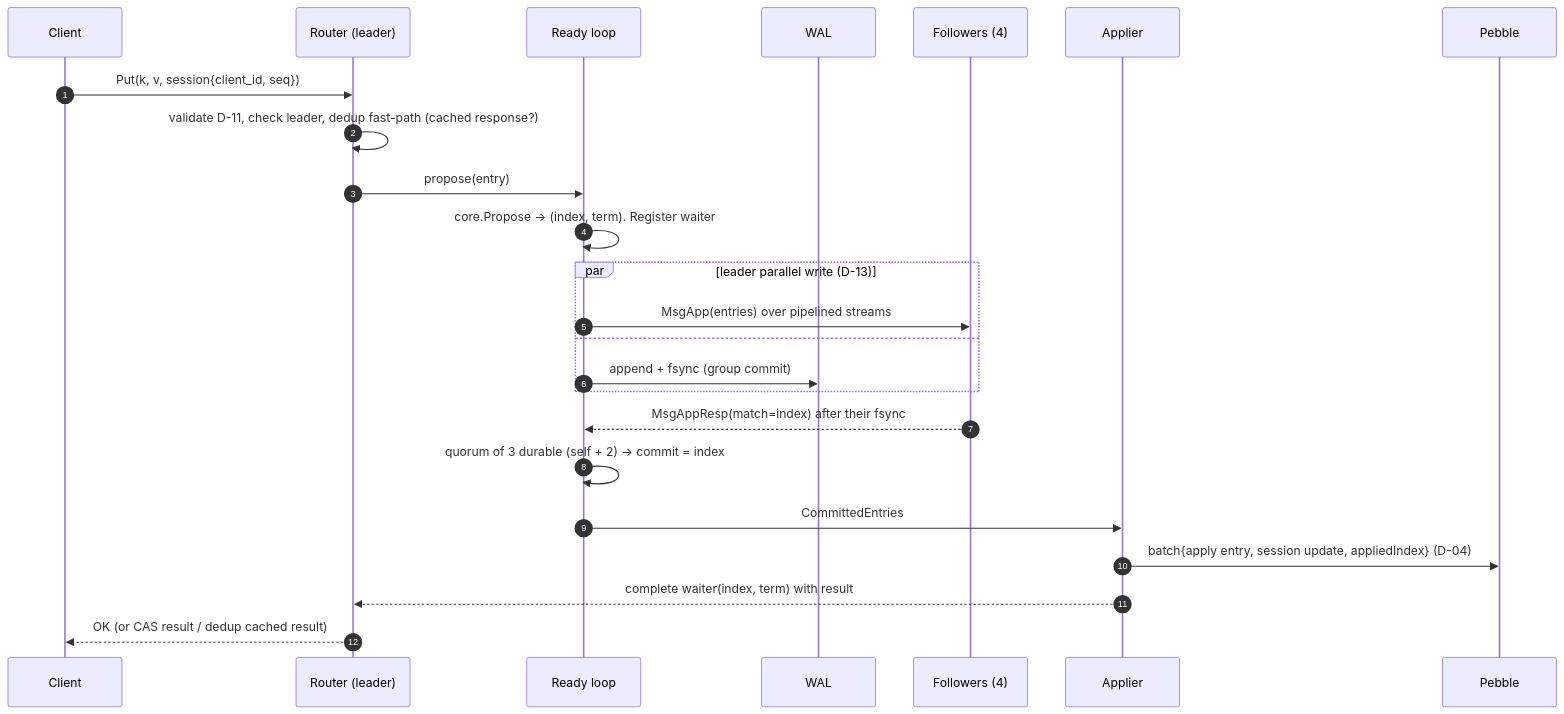
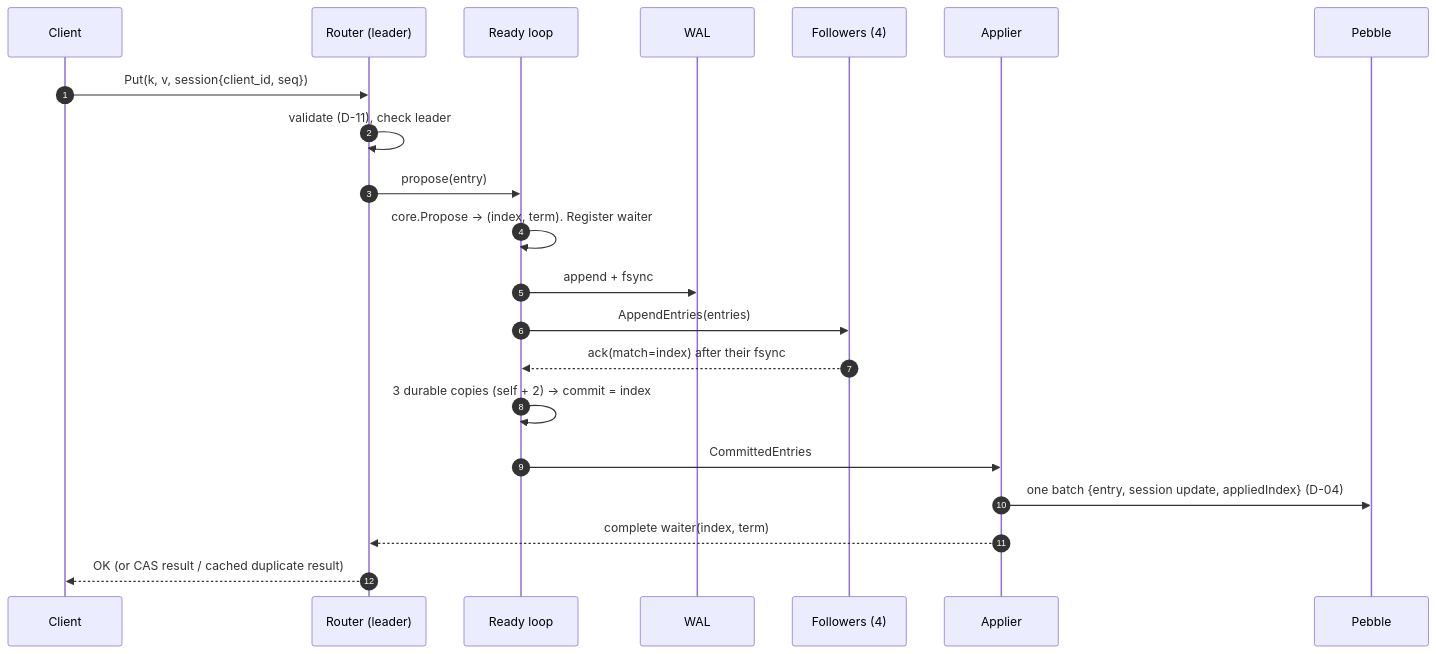
One commit to bibekgupta3333/raftkv-distributed-store changed the third of 5 diagrams in docs/architecture.md. Above: the diagram before and after it, drawn with Mermaid. The commit also changed other lines of this file and 3 other files, not shown here.

First line of the commit message:
docs: simplify architecture, system, API and storage design

````diff
--- a/docs/architecture.md
+++ b/docs/architecture.md
@@ -305,27 +250,24 @@
 ```mermaid
 sequenceDiagram
     autonumber
     participant C as Client
     participant R as Router (leader)
     participant D as Ready loop
     participant W as WAL
     participant F as Followers (4)
     participant A as Applier
     participant P as Pebble
 
     C->>R: Put(k, v, session{client_id, seq})
-    R->>R: validate D-11, check leader, dedup fast-path (cached response?)
+    R->>R: validate (D-11), check leader
     R->>D: propose(entry)
     D->>D: core.Propose -> (index, term). Register waiter
-    par leader parallel write (D-13)
-        D->>F: MsgApp(entries) over pipelined streams
-    and
-        D->>W: append + fsync (group commit)
-    end
-    F-->>D: MsgAppResp(match=index) after their fsync
-    D->>D: quorum of 3 durable (self + 2) -> commit = index
+    D->>W: append + fsync
+    D->>F: AppendEntries(entries)
+    F-->>D: ack(match=index) after their fsync
+    D->>D: 3 durable copies (self + 2) -> commit = index
     D->>A: CommittedEntries
-    A->>P: batch{apply entry, session update, appliedIndex} (D-04)
-    A-->>R: complete waiter(index, term) with result
-    R-->>C: OK (or CAS result / dedup cached result)
+    A->>P: one batch {entry, session update, appliedIndex} (D-04)
+    A-->>R: complete waiter(index, term)
+    R-->>C: OK (or CAS result / cached duplicate result)
 ```
````
